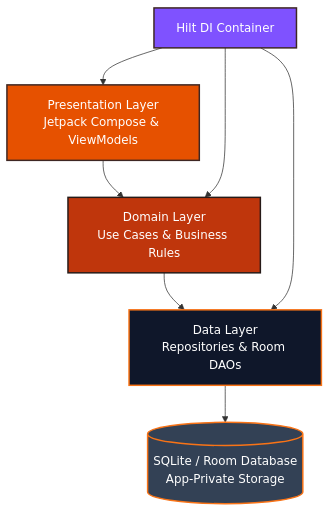
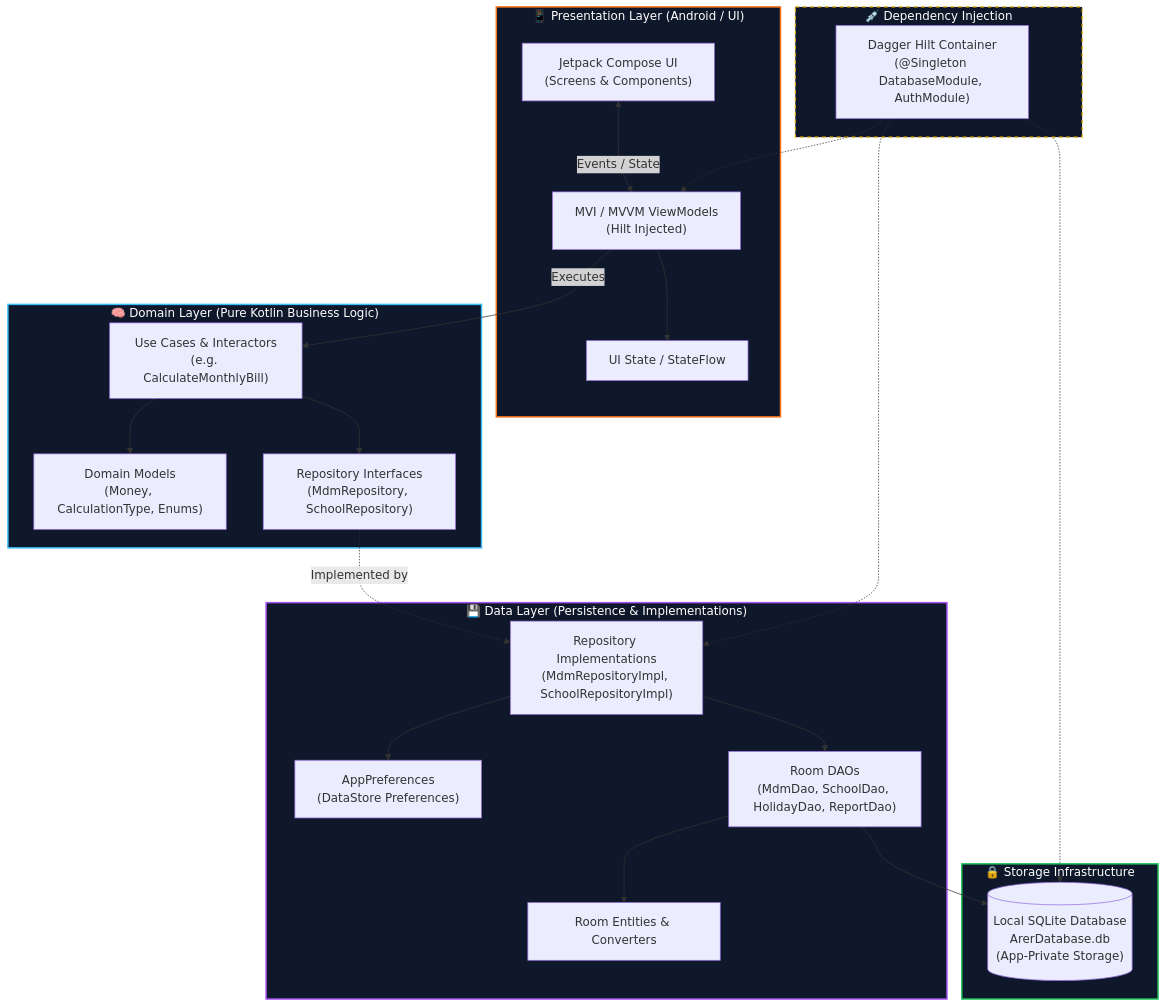
The third of 9 diagrams in README.md (Tejzraj/ARER-APP), drawn with Mermaid before and after one commit. The commit also changed other lines of this file and 7 other files, not shown here.

````diff
--- a/README.md
+++ b/README.md
@@ -159,15 +370,49 @@
 ```mermaid
 graph TD
-    UI[Presentation Layer<br>Jetpack Compose & ViewModels] --> Domain[Domain Layer<br>Use Cases & Business Rules]
-    Domain --> Data[Data Layer<br>Repositories & Room DAOs]
-    Data --> DB[(SQLite / Room Database<br>App-Private Storage)]
-    Hilt[Hilt DI Container] --> UI
-    Hilt --> Domain
-    Hilt --> Data
+    subgraph Presentation["📱 Presentation Layer (Android / UI)"]
+        UI_Screen["Jetpack Compose UI<br>(Screens & Components)"]
+        UI_State["UI State / StateFlow"]
+        VM["MVI / MVVM ViewModels<br>(Hilt Injected)"]
+        UI_Screen <-->|Events / State| VM
+        VM --> UI_State
+    end
 
-    style UI fill:#E65100,stroke:#3E2723,stroke-width:2px,color:#fff
-    style Domain fill:#BF360C,stroke:#261A18,stroke-width:2px,color:#fff
-    style Data fill:#0F172A,stroke:#F97316,stroke-width:2px,color:#fff
-    style DB fill:#334155,stroke:#F97316,stroke-width:2px,color:#fff
-    style Hilt fill:#7F52FF,stroke:#3E2723,stroke-width:2px,color:#fff
+    subgraph Domain["🧠 Domain Layer (Pure Kotlin Business Logic)"]
+        UC["Use Cases & Interactors<br>(e.g. CalculateMonthlyBill)"]
+        Models["Domain Models<br>(Money, CalculationType, Enums)"]
+        RepoInterfaces["Repository Interfaces<br>(MdmRepository, SchoolRepository)"]
+        VM -->|Executes| UC
+        UC --> RepoInterfaces
+        UC --> Models
+    end
+
+    subgraph Data["💾 Data Layer (Persistence & Implementations)"]
+        RepoImpl["Repository Implementations<br>(MdmRepositoryImpl, SchoolRepositoryImpl)"]
+        Preferences["AppPreferences<br>(DataStore Preferences)"]
+        DAOs["Room DAOs<br>(MdmDao, SchoolDao, HolidayDao, ReportDao)"]
+        Entities["Room Entities & Converters"]
+        
+        RepoInterfaces -.->|Implemented by| RepoImpl
+        RepoImpl --> DAOs
+        RepoImpl --> Preferences
+        DAOs --> Entities
+    end
+
+    subgraph Infrastructure["🔒 Storage Infrastructure"]
+        SQLite[("Local SQLite Database<br>ArerDatabase.db<br>(App-Private Storage)")]
+        DAOs --> SQLite
+    end
+
+    subgraph DI["💉 Dependency Injection"]
+        Hilt["Dagger Hilt Container<br>(@Singleton DatabaseModule, AuthModule)"]
+        Hilt -.-> VM
+        Hilt -.-> RepoImpl
+        Hilt -.-> SQLite
+    end
+
+    style Presentation fill:#0F172A,stroke:#F97316,stroke-width:2px,color:#FFFFFF
+    style Domain fill:#0F172A,stroke:#38BDF8,stroke-width:2px,color:#FFFFFF
+    style Data fill:#0F172A,stroke:#A855F7,stroke-width:2px,color:#FFFFFF
+    style Infrastructure fill:#0F172A,stroke:#22C55E,stroke-width:2px,color:#FFFFFF
+    style DI fill:#0F172A,stroke:#EAB308,stroke-width:1.5px,stroke-dasharray: 5 5,color:#FFFFFF
 ```
````
